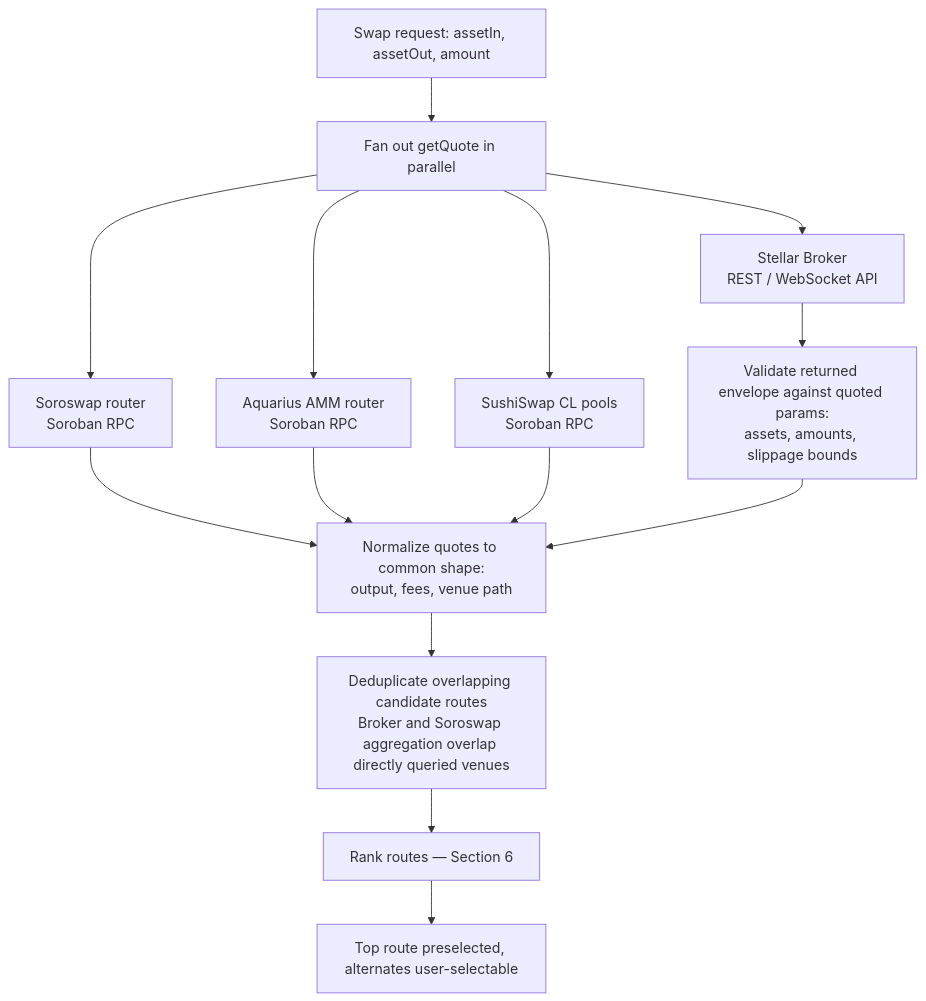
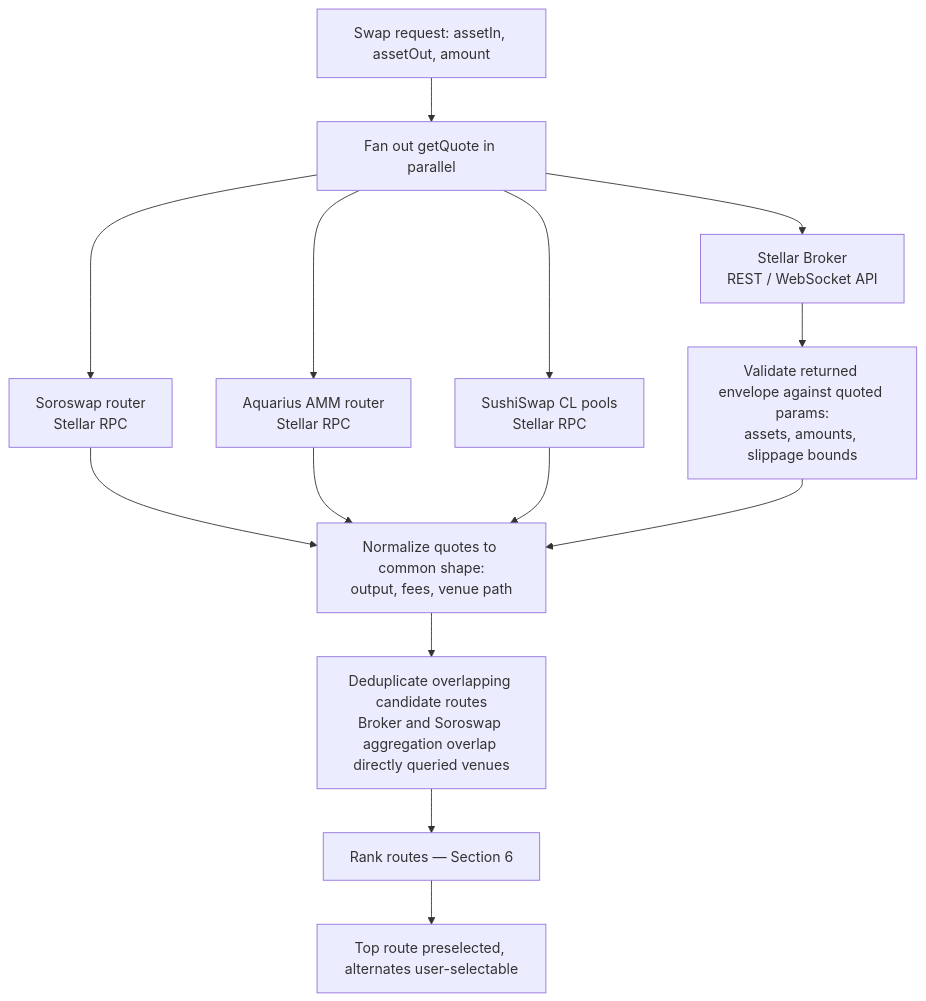
The second of 8 diagrams in README.md (Lunarfi-eclipse/lunar-stellar), drawn with Mermaid before and after one commit. The commit also changed other lines of this file and 1 other file, not shown here.

````diff
--- a/README.md
+++ b/README.md
@@ -96,16 +96,16 @@
 ```mermaid
 flowchart TD
     REQ["Swap request: assetIn, assetOut, amount"] --> FAN["Fan out getQuote in parallel"]
-    FAN --> SS["Soroswap router<br/>Soroban RPC"]
-    FAN --> AQ["Aquarius AMM router<br/>Soroban RPC"]
-    FAN --> SU["SushiSwap CL pools<br/>Soroban RPC"]
+    FAN --> SS["Soroswap router<br/>Stellar RPC"]
+    FAN --> AQ["Aquarius AMM router<br/>Stellar RPC"]
+    FAN --> SU["SushiSwap CL pools<br/>Stellar RPC"]
     FAN --> SB["Stellar Broker<br/>REST / WebSocket API"]
     SS --> NORM["Normalize quotes to common shape:<br/>output, fees, venue path"]
     AQ --> NORM
     SU --> NORM
     SB --> VAL["Validate returned envelope against quoted params:<br/>assets, amounts, slippage bounds"]
     VAL --> NORM
     NORM --> DEDUP["Deduplicate overlapping candidate routes<br/>Broker and Soroswap aggregation overlap directly queried venues"]
     DEDUP --> RANK["Rank routes — Section 6"]
     RANK --> OUT["Top route preselected, alternates user-selectable"]
 ```
````
